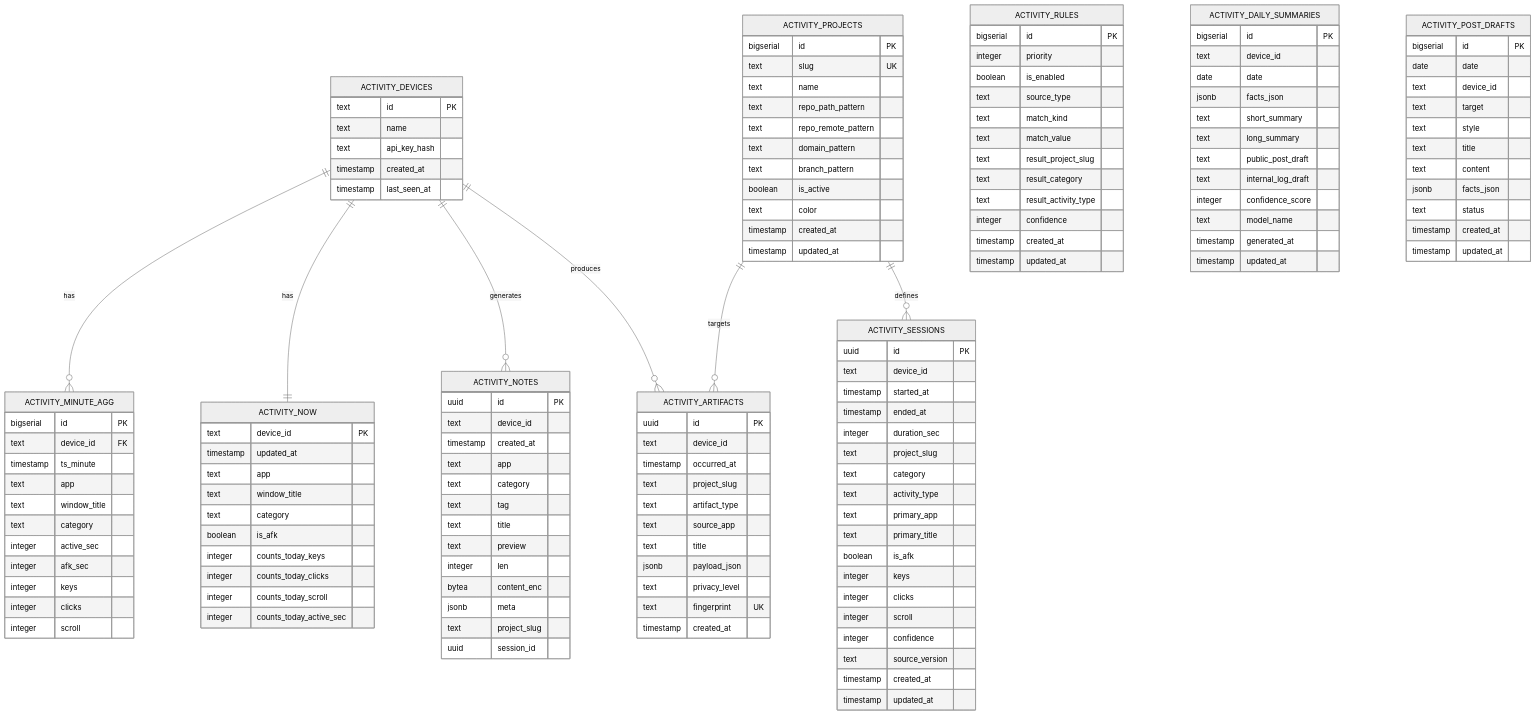
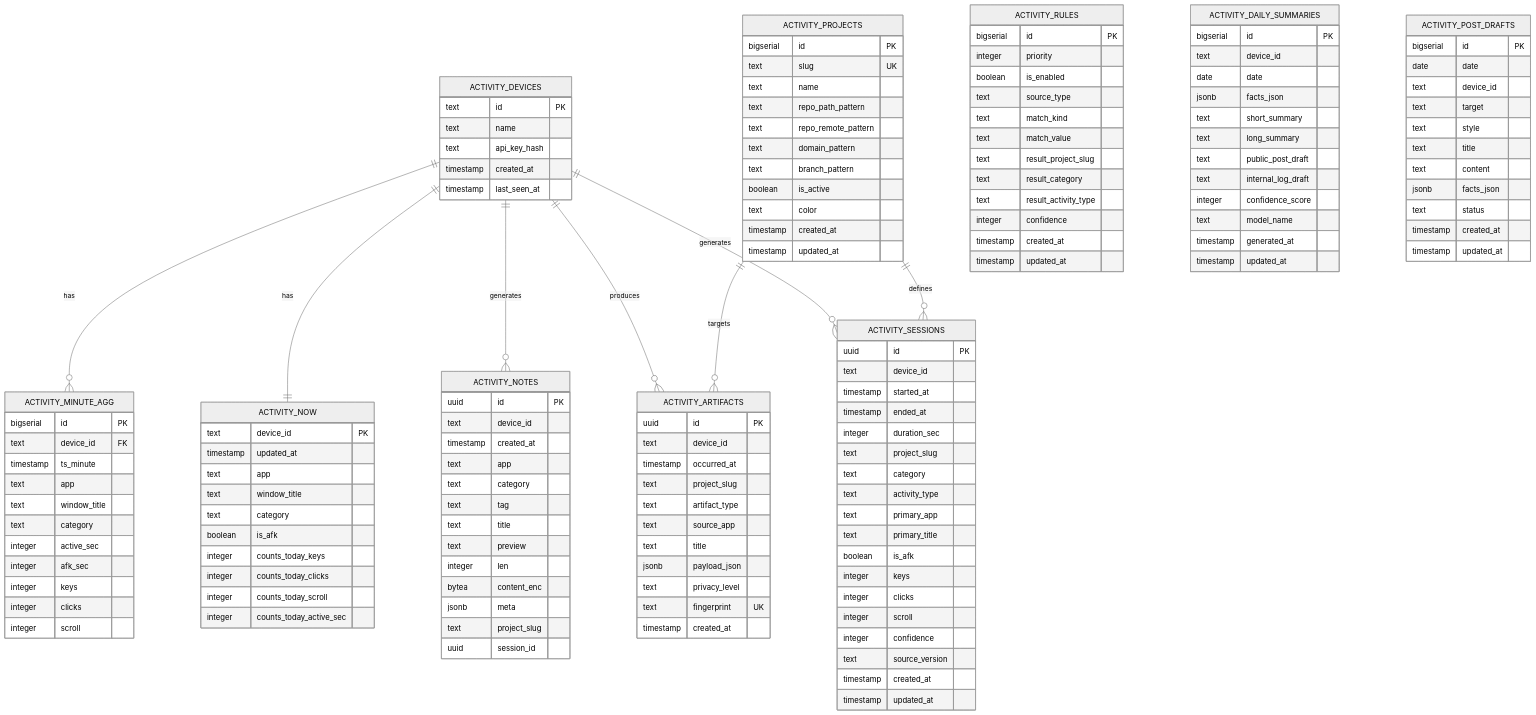
The second of 14 diagrams in .qoder/repowiki/en/content/Core Features/Activity Monitoring System.md (WizardJIOCb/rodion.pro), drawn with Mermaid (neutral theme) before and after one commit. The commit also changed other lines of this file and 32 other files, not shown here.

````diff
--- a/.qoder/repowiki/en/content/Core Features/Activity Monitoring System.md
+++ b/.qoder/repowiki/en/content/Core Features/Activity Monitoring System.md
@@ -276,6 +285,7 @@
 ACTIVITY_DEVICES ||--|| ACTIVITY_NOW : "has"
 ACTIVITY_DEVICES ||--o{ ACTIVITY_NOTES : "generates"
 ACTIVITY_DEVICES ||--o{ ACTIVITY_ARTIFACTS : "produces"
+ACTIVITY_DEVICES ||--o{ ACTIVITY_SESSIONS : "generates"
 ACTIVITY_PROJECTS ||--o{ ACTIVITY_ARTIFACTS : "targets"
 ACTIVITY_PROJECTS ||--o{ ACTIVITY_SESSIONS : "defines"
 ```
````
